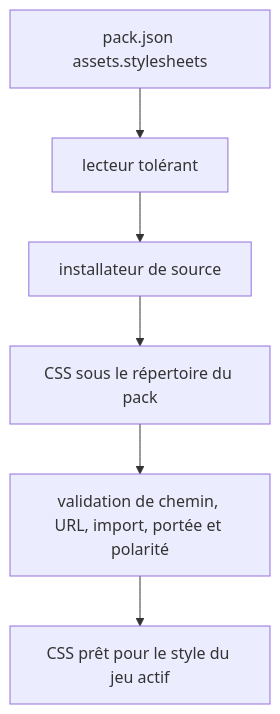
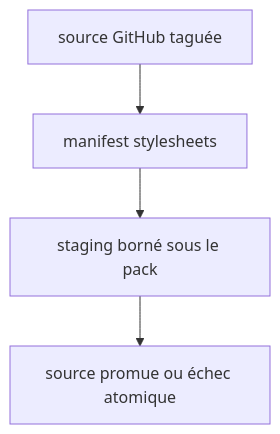
The first of 2 diagrams in aidd_docs/tasks/2026_09/2026_09_15_pack-stylesheet-resources/phase-1.md (RebelliousSmile/obsidian-handbook), drawn with Mermaid before and after one commit. The commit also changed other lines of this file and 7 other files, not shown here.

Commit message:
feat: stage declared pack stylesheets

````diff
--- a/aidd_docs/tasks/2026_09/2026_09_15_pack-stylesheet-resources/phase-1.md
+++ b/aidd_docs/tasks/2026_09/2026_09_15_pack-stylesheet-resources/phase-1.md
@@ -28,8 +20,6 @@
 ```mermaid
 flowchart TD
-  A[pack.json assets.stylesheets] --> B[lecteur tolérant]
-  B --> C[installateur de source]
-  C --> D[CSS sous le répertoire du pack]
-  D --> E[validation de chemin, URL, import, portée et polarité]
-  E --> F[CSS prêt pour le style du jeu actif]
+  A[source GitHub taguée] --> B[manifest stylesheets]
+  B --> C[staging borné sous le pack]
+  C --> D[source promue ou échec atomique]
 ```
````
